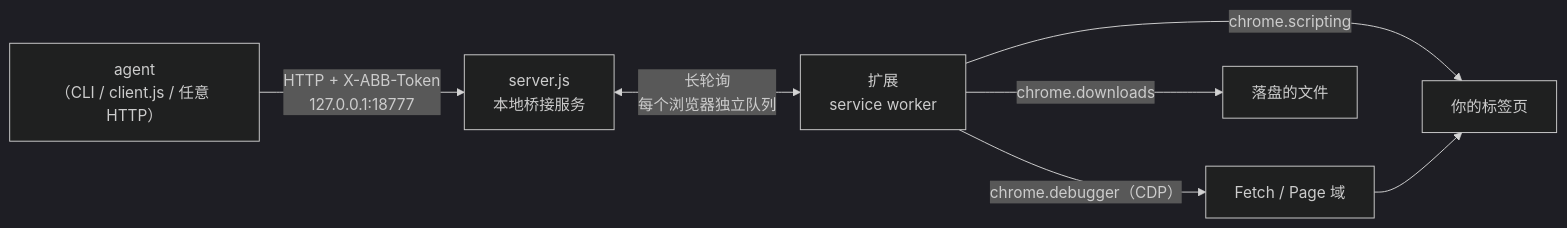
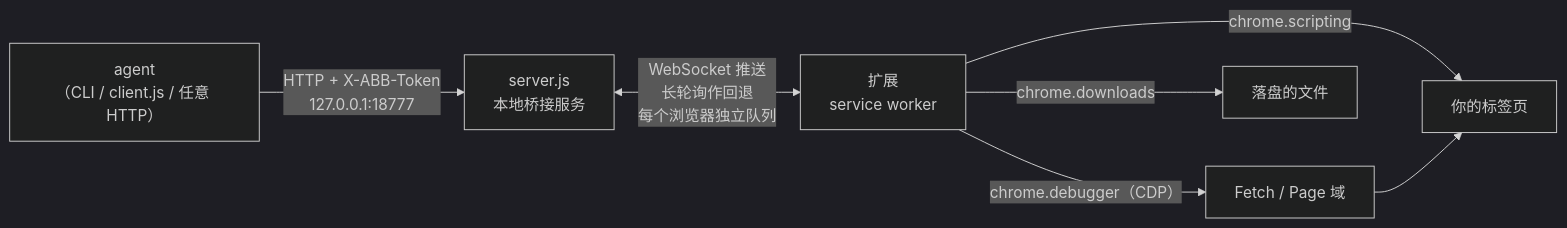
Before and after one commit to hhhwdt/agent-browser-bridge: the first of 3 diagrams in README.zh-CN.md, drawn with Mermaid (dark theme). The commit also changed other lines of this file and 9 other files, not shown here.

First line of the commit message:
Task delivery over WebSocket push, long poll kept as fallback

````diff
--- a/README.zh-CN.md
+++ b/README.zh-CN.md
@@ -67,9 +67,9 @@
 ```mermaid
 flowchart LR
     A["agent<br/>（CLI / client.js / 任意 HTTP）"] -->|"HTTP + X-ABB-Token<br/>127.0.0.1:18777"| S["server.js<br/>本地桥接服务"]
-    S <-->|"长轮询<br/>每个浏览器独立队列"| X["扩展<br/>service worker"]
+    S <-->|"WebSocket 推送<br/>长轮询作回退<br/>每个浏览器独立队列"| X["扩展<br/>service worker"]
     X -->|"chrome.scripting"| T["你的标签页"]
     X -->|"chrome.debugger（CDP）"| C["Fetch / Page 域"]
     C --> T
     X -->|"chrome.downloads"| F["落盘的文件"]
 ```
````
